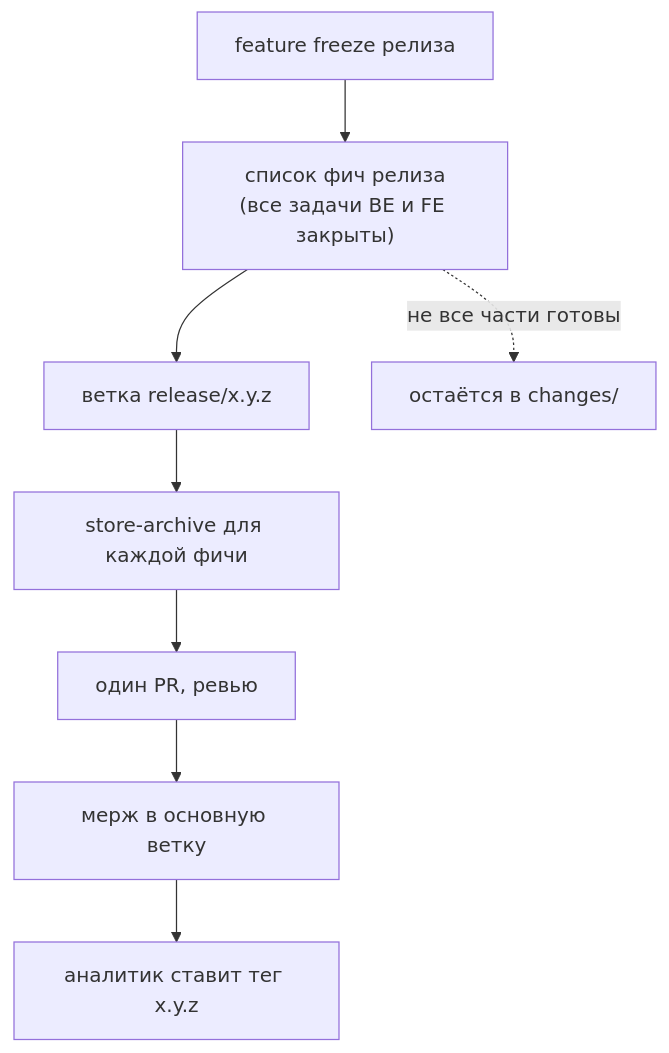
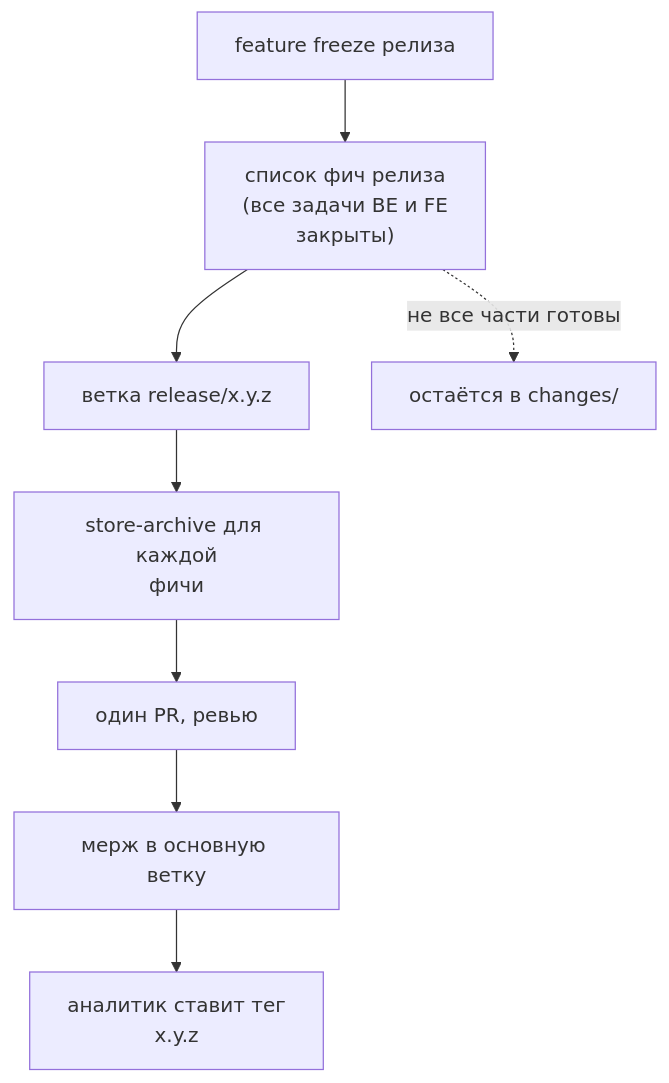
One commit to DanielUsov/SDD-Cookbook changed the diagram in OpenSpec/store/Архивация и релиз Store.md. Above: the diagram before and after it, drawn with Mermaid. The commit also changed 21 other files, not shown here.

````diff
--- a/OpenSpec/store/Архивация и релиз Store.md
+++ b/OpenSpec/store/Архивация и релиз Store.md
@@ -11,10 +11,10 @@
 ```mermaid
 flowchart TB
-    FZ["feature freeze релиза"] --> L["список фич релиза<br/>(все задачи BE и FE закрыты)"]
+    FZ["feature freeze релиза"] --> L["список фич релиза<br/>(все задачи BE и FE<br/>закрыты)"]
     L --> BR["ветка release/x.y.z"]
-    BR --> AR["store-archive для каждой фичи"]
+    BR --> AR["store-archive для каждой<br/>фичи"]
     AR --> PR["один PR, ревью"]
     PR --> MG["мерж в основную ветку"]
-    MG --> TG["аналитик ставит тег x.y.z"]
+    MG --> TG["аналитик ставит тег<br/>x.y.z"]
     L -.->|"не все части готовы"| OUT["остаётся в changes/"]
 ```
````
